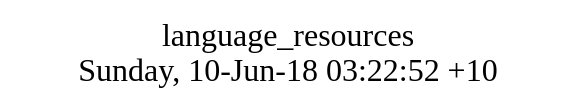
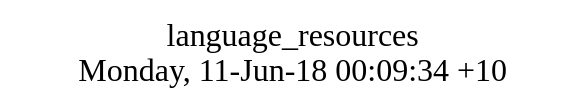
Before and after one commit to AplaProject/apps: the diagram in src/basic/language_resources/struct.dot, drawn with Graphviz. The commit also changed 8 other files, not shown here.

```diff
--- a/src/basic/language_resources/struct.dot
+++ b/src/basic/language_resources/struct.dot
@@ -1,8 +1,8 @@
 digraph G {
 fontsize="24";
-label="language_resources\nSunday, 10-Jun-18 03:22:52 +10";
+label="language_resources\nMonday, 11-Jun-18 00:09:34 +10";
 nojustify=true;
 ordering=out;
 rankdir=LR;
 size="30";
 }
```
